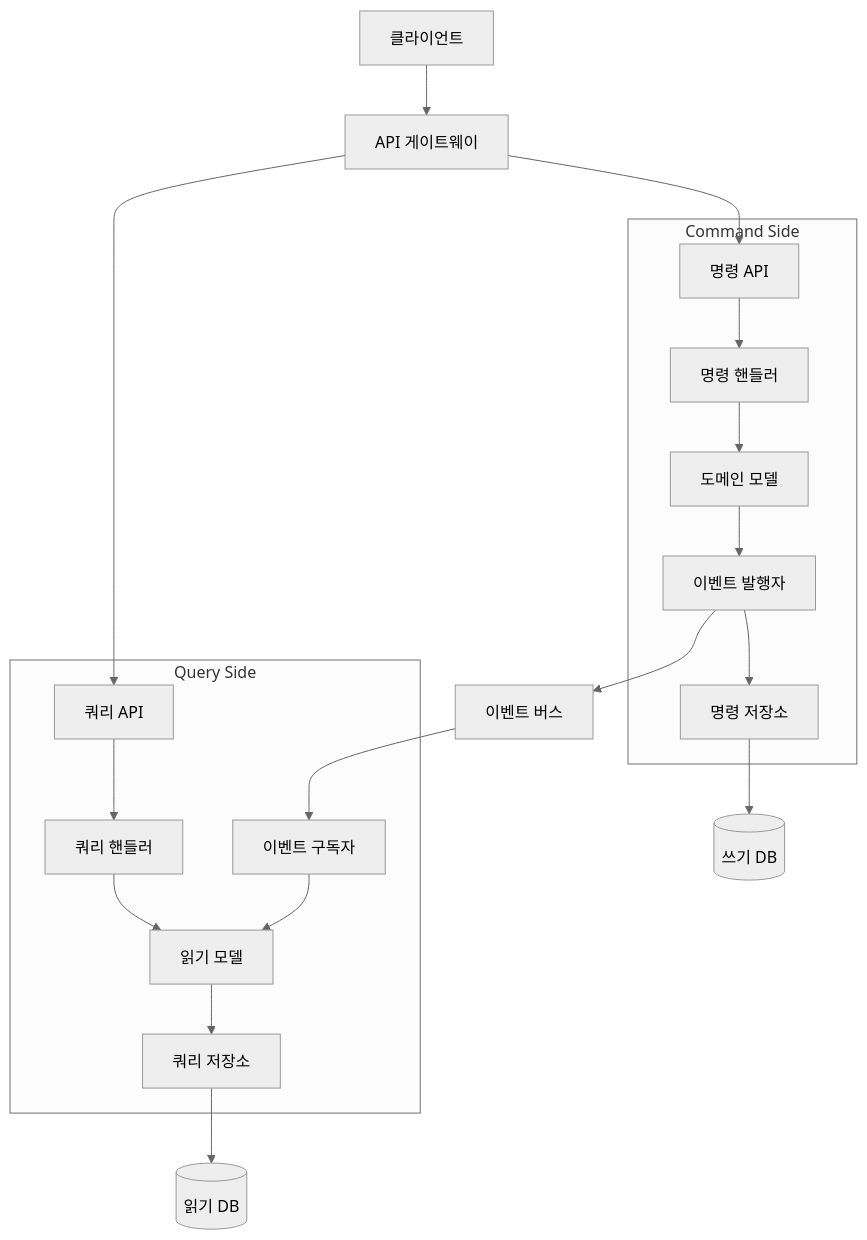
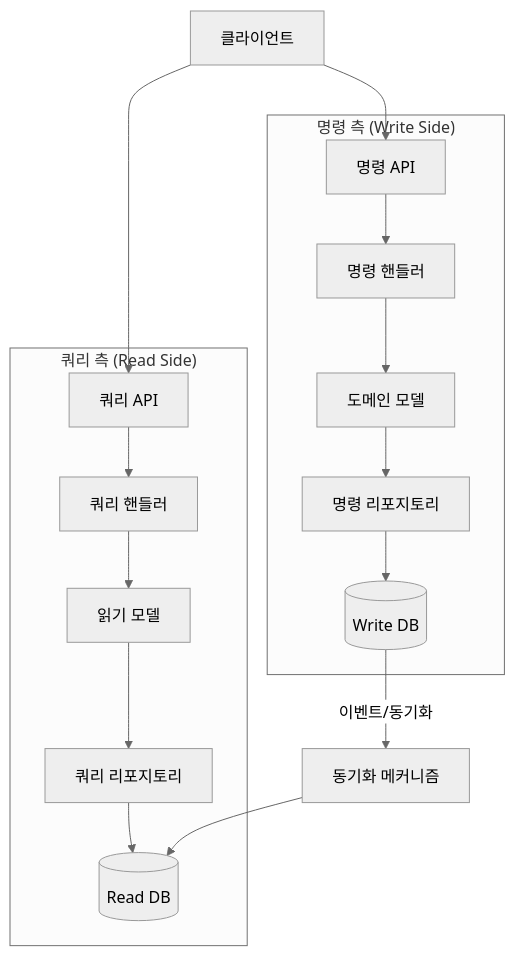
One commit to jjjjjunhyung/Roadmap changed the fifth of 5 diagrams in Challenge/System Architecture.md. Above: the diagram before and after it, drawn with Mermaid (neutral theme).

Commit message:
Update System Architecture.md

````diff
--- a/Challenge/System Architecture.md
+++ b/Challenge/System Architecture.md
@@ -185,29 +185,22 @@
 ``` mermaid
-graph TB
-    Client[클라이언트] --> API[API 게이트웨이]
+graph TD
+    Client[클라이언트] --> CmdAPI[명령 API]
+    Client --> QryAPI[쿼리 API]
     
-    API --> CommandAPI[명령 API]
-    API --> QueryAPI[쿼리 API]
-    
-    subgraph "Command Side"
-        CommandAPI --> CommandHandler[명령 핸들러]
-        CommandHandler --> DomainModel[도메인 모델]
-        DomainModel --> EventPublisher[이벤트 발행자]
-        EventPublisher --> CommandRepository[명령 저장소]
+    subgraph "명령 측 (Write Side)"
+        CmdAPI --> CmdHandlers[명령 핸들러]
+        CmdHandlers --> Domain[도메인 모델]
+        Domain --> CmdRepo[명령 리포지토리]
+        CmdRepo --> WriteDB[(Write DB)]
     end
     
-    subgraph "Query Side"
-        QueryAPI --> QueryHandler[쿼리 핸들러]
-        QueryHandler --> ReadModel[읽기 모델]
-        ReadModel --> QueryRepository[쿼리 저장소]
-        
-        EventSubscriber[이벤트 구독자]
-        EventSubscriber --> ReadModel
+    subgraph "쿼리 측 (Read Side)"
+        QryAPI --> QryHandlers[쿼리 핸들러]
+        QryHandlers --> ReadModels[읽기 모델]
+        ReadModels --> QryRepo[쿼리 리포지토리]
+        QryRepo --> ReadDB[(Read DB)]
     end
     
-    EventPublisher --> EventBus[이벤트 버스]
-    EventBus --> EventSubscriber
-    
-    CommandRepository --> WriteDB[(쓰기 DB)]
-    QueryRepository --> ReadDB[(읽기 DB)]
+    WriteDB -- "이벤트/동기화" --> SyncMech[동기화 메커니즘]
+    SyncMech --> ReadDB
 ```
````
